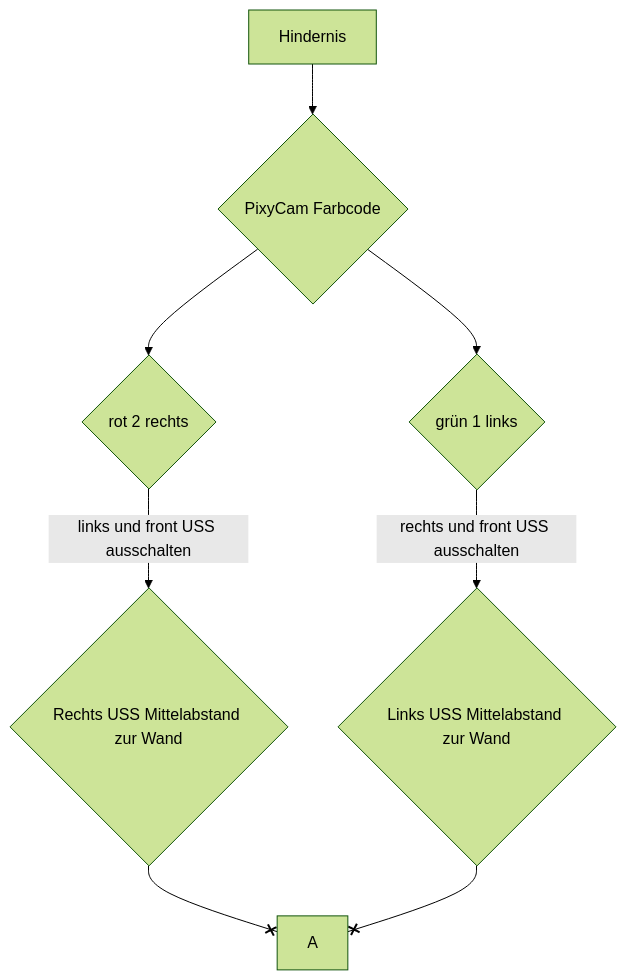
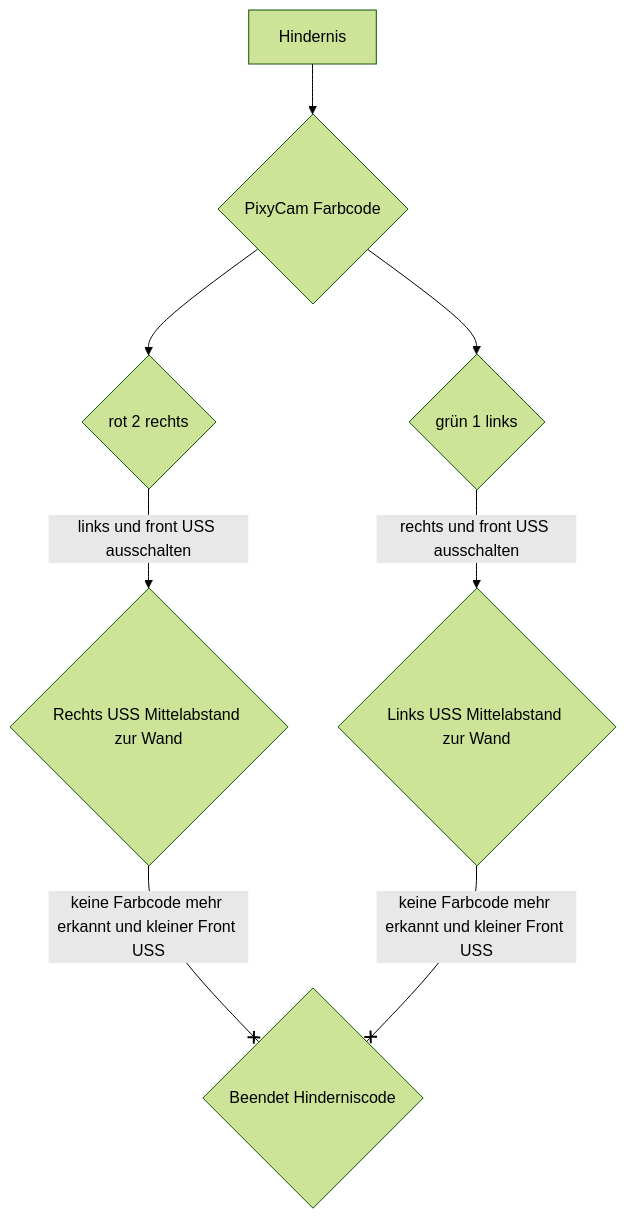
The diagram in Programme/Hindernisrennen/README.md (SchroedingersBit/PfortGTPanama), drawn with Mermaid (forest theme) before and after one commit.

````diff
--- a/Programme/Hindernisrennen/README.md
+++ b/Programme/Hindernisrennen/README.md
@@ -4,7 +4,7 @@
 ```mermaid
 flowchart TB;
 Hindernis --> P{PixyCam Farbcode} --> R{rot 2 rechts} & G{grün 1 links};
 R -->|links und front USS ausschalten| RU{Rechts USS Mittelabstand zur Wand};
 G -->|rechts und front USS ausschalten| LU{Links USS Mittelabstand zur Wand};
-RU & LU --x A;
+RU & LU --x |keine Farbcode mehr erkannt und kleiner Front USS | B{Beendet Hinderniscode};
 ```
````
